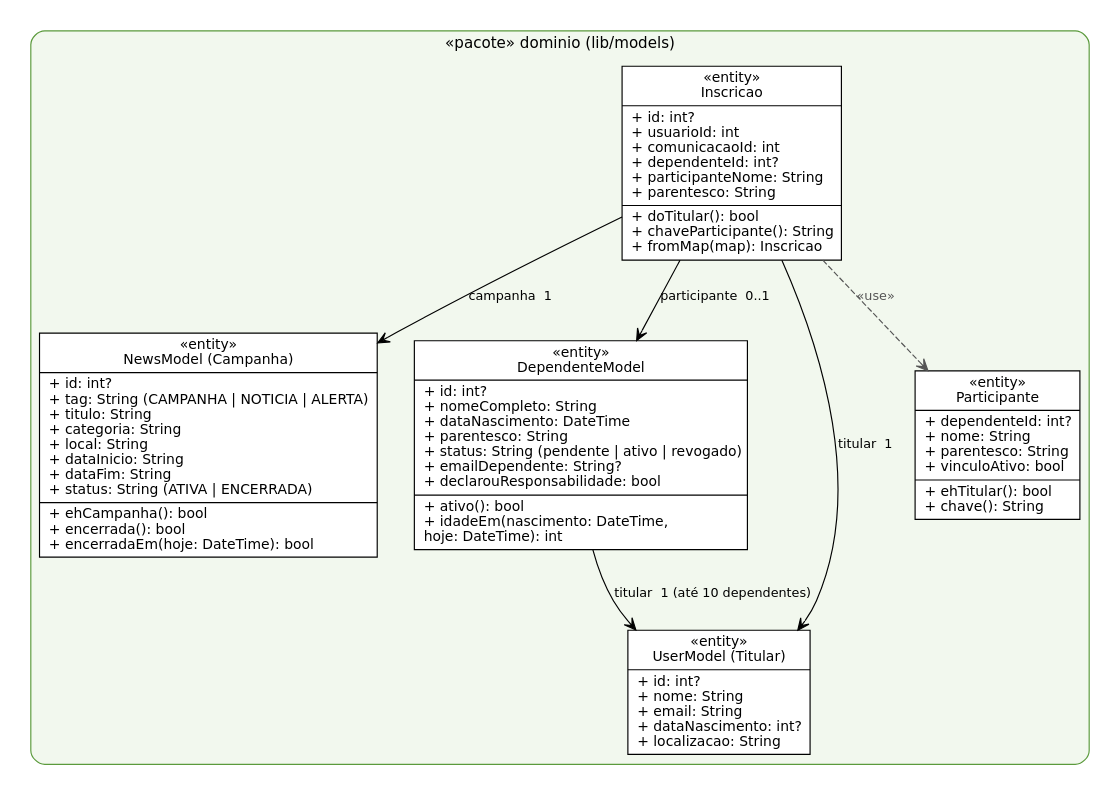
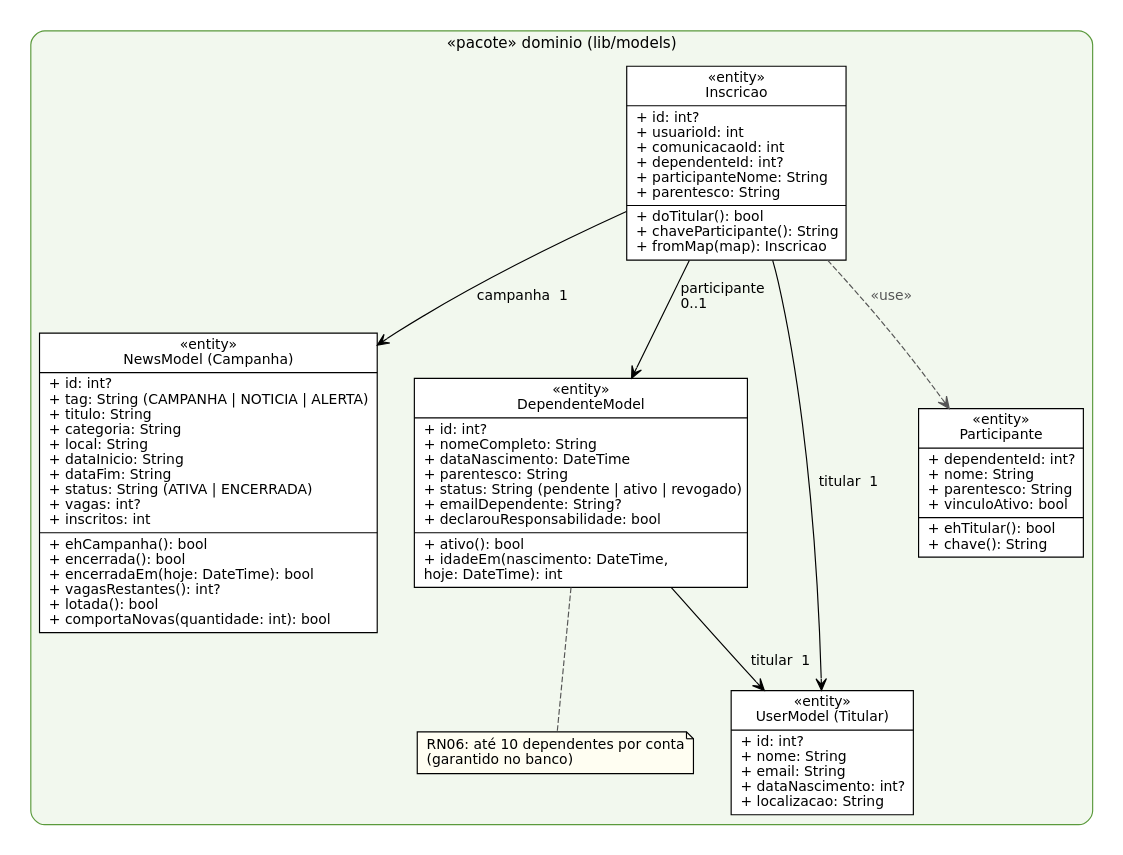
One commit to Conecta-Vida/Conecta-Vida-Mobile changed the diagram in qualidade/diagramas/ex02_classes_dominio.dot. Above: the diagram before and after it, drawn with Graphviz. The commit also changed 13 other files, not shown here.

```diff
--- a/qualidade/diagramas/ex02_classes_dominio.dot
+++ b/qualidade/diagramas/ex02_classes_dominio.dot
@@ -1,18 +1,20 @@
 // Exercício 2 (parte b) - pacote dominio (entidades) do caso de uso "Inscrever-se em campanha"
 digraph dominio {
-  graph [rankdir=TB, fontname="DejaVu Sans", fontsize=13, nodesep=0.45, ranksep=0.7, pad=0.15];
+  graph [rankdir=TB, fontname="DejaVu Sans", fontsize=13, nodesep=0.45, ranksep=0.5, pad=0.15];
   node  [shape=record, fontname="DejaVu Sans", fontsize=12, style=filled, fillcolor="#ffffff"];
-  edge  [fontname="DejaVu Sans", fontsize=11];
+  edge  [fontname="DejaVu Sans", fontsize=12];
   subgraph cluster_dom { label="«pacote» dominio (lib/models)"; style="rounded,filled"; fillcolor="#f2f8ee"; color="#5b9a3c";
     Inscricao [label="{«entity»\nInscricao|+ id: int?\l+ usuarioId: int\l+ comunicacaoId: int\l+ dependenteId: int?\l+ participanteNome: String\l+ parentesco: String\l|+ doTitular(): bool\l+ chaveParticipante(): String\l+ fromMap(map): Inscricao\l}"];
-    Campanha [label="{«entity»\nNewsModel (Campanha)|+ id: int?\l+ tag: String (CAMPANHA \| NOTICIA \| ALERTA)\l+ titulo: String\l+ categoria: String\l+ local: String\l+ dataInicio: String\l+ dataFim: String\l+ status: String (ATIVA \| ENCERRADA)\l|+ ehCampanha(): bool\l+ encerrada(): bool\l+ encerradaEm(hoje: DateTime): bool\l}"];
+    Campanha [label="{«entity»\nNewsModel (Campanha)|+ id: int?\l+ tag: String (CAMPANHA \| NOTICIA \| ALERTA)\l+ titulo: String\l+ categoria: String\l+ local: String\l+ dataInicio: String\l+ dataFim: String\l+ status: String (ATIVA \| ENCERRADA)\l+ vagas: int?\l+ inscritos: int\l|+ ehCampanha(): bool\l+ encerrada(): bool\l+ encerradaEm(hoje: DateTime): bool\l+ vagasRestantes(): int?\l+ lotada(): bool\l+ comportaNovas(quantidade: int): bool\l}"];
     Dependente [label="{«entity»\nDependenteModel|+ id: int?\l+ nomeCompleto: String\l+ dataNascimento: DateTime\l+ parentesco: String\l+ status: String (pendente \| ativo \| revogado)\l+ emailDependente: String?\l+ declarouResponsabilidade: bool\l|+ ativo(): bool\l+ idadeEm(nascimento: DateTime,\l      hoje: DateTime): int\l}"];
     Usuario [label="{«entity»\nUserModel (Titular)|+ id: int?\l+ nome: String\l+ email: String\l+ dataNascimento: int?\l+ localizacao: String\l}"];
+    NotaRN06 [shape=note, fontsize=12, fillcolor="#fffef2", label="RN06: até 10 dependentes por conta\l(garantido no banco)\l"];
     Participante [label="{«entity»\nParticipante|+ dependenteId: int?\l+ nome: String\l+ parentesco: String\l+ vinculoAtivo: bool\l|+ ehTitular(): bool\l+ chave(): String\l}"];
   }
   Inscricao -> Campanha [arrowhead=vee, label="campanha  1"];
   Inscricao -> Usuario [arrowhead=vee, label="titular  1"];
-  Inscricao -> Dependente [arrowhead=vee, label="participante  0..1"];
-  Dependente -> Usuario [arrowhead=vee, label="titular  1 (até 10 dependentes)"];
+  Inscricao -> Dependente [arrowhead=vee, label="  participante\l  0..1\l"];
+  Dependente -> Usuario [arrowhead=vee, label="  titular  1"];
+  Dependente -> NotaRN06 [style=dashed, arrowhead=none, color="#555555"];
   Inscricao -> Participante [style=dashed, arrowhead=vee, label="«use»", color="#555555", fontcolor="#555555"];
 }
```
